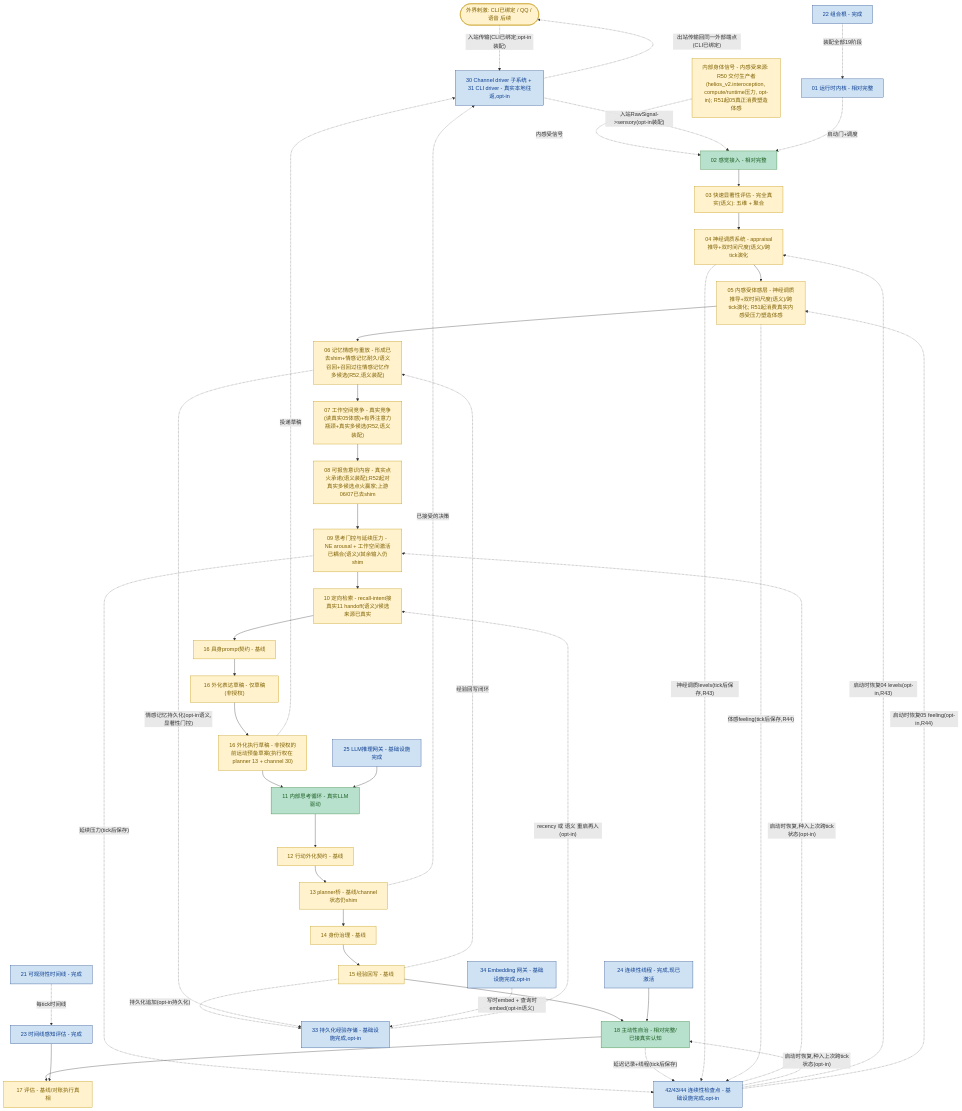
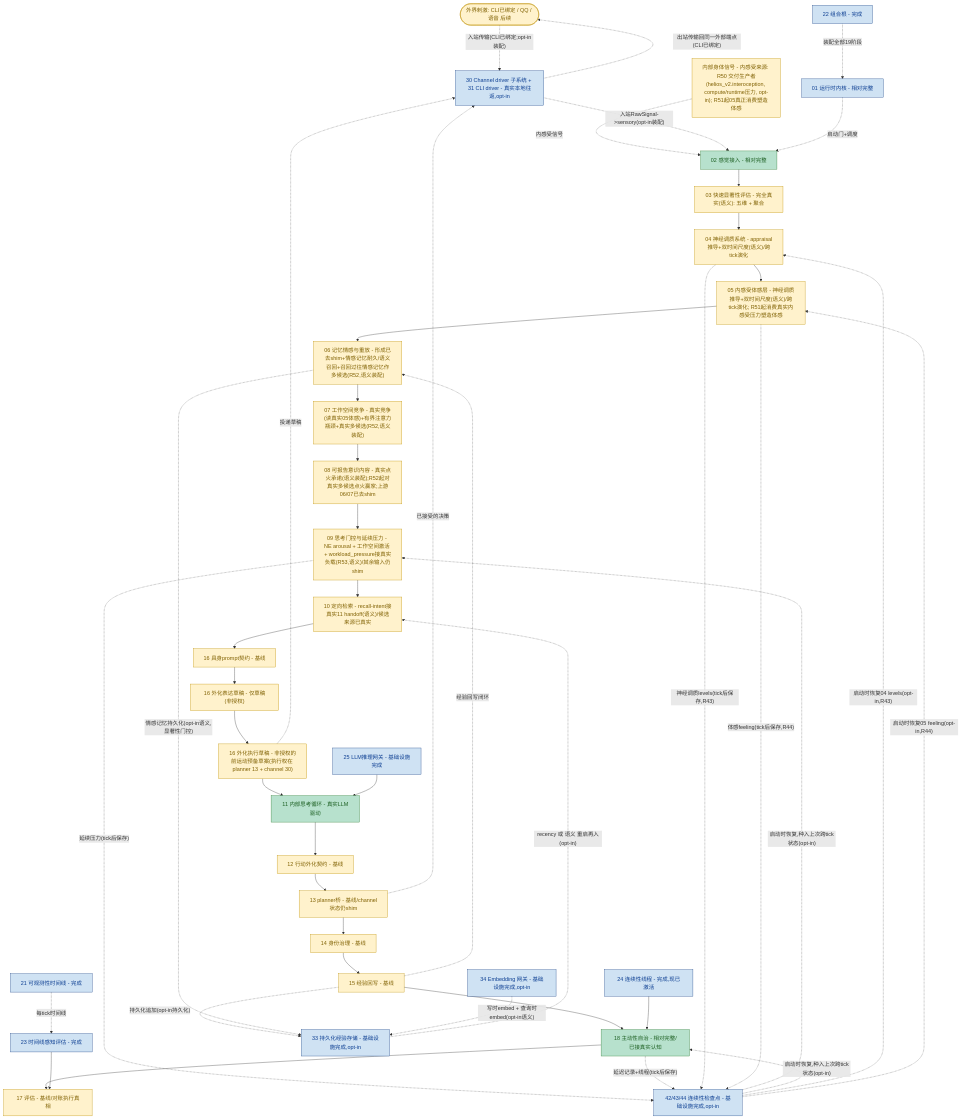
The diagram in helios_v2/docs/PROGRESS_FLOW.zh-CN.md (embalmer-Y/helios), drawn with Mermaid before and after one commit. The commit also changed other lines of this file and 11 other files, not shown here.

````diff
--- a/helios_v2/docs/PROGRESS_FLOW.zh-CN.md
+++ b/helios_v2/docs/PROGRESS_FLOW.zh-CN.md
@@ -35,70 +35,70 @@
 ```mermaid
 flowchart TD
     classDef deep fill:#b7e1cd,stroke:#2e7d32,color:#1b5e20
     classDef base fill:#fff2cc,stroke:#bf9000,color:#7f6000
     classDef infra fill:#cfe2f3,stroke:#1c4587,color:#0b3d91
     classDef gap fill:#f4cccc,stroke:#990000,color:#660000,stroke-dasharray: 5 5
 
     EXT([外界刺激: CLI已绑定 / QQ / 语音 后续]):::base
     BODY["内部身体信号 - 内感受来源: R50 交付生产者(helios_v2.interoception, compute/runtime压力, opt-in); R51起05真正消费塑造体感"]:::base
     S02[02 感觉接入 - 相对完整]:::deep
     S03["03 快速显著性评估 - 完全真实(语义): 五维 + 聚合"]:::base
     S04["04 神经调质系统 - appraisal推导+双时间尺度(语义)/跨tick演化"]:::base
     S05["05 内感受体感层 - 神经调质推导+双时间尺度(语义)/跨tick演化; R51起消费真实内感受压力塑造体感"]:::base
     S06["06 记忆情感与重放 - 形成已去shim+情感记忆耐久/语义召回+召回过往情感记忆作多候选(R52,语义装配)"]:::base
     S07["07 工作空间竞争 - 真实竞争(读真实05体感)+有界注意力瓶颈+真实多候选(R52,语义装配)"]:::base
     S08["08 可报告意识内容 - 真实点火承诺(语义装配);R52起对真实多候选点火赢家;上游06/07已去shim"]:::base
-    S09["09 思考门控与延续压力 - NE arousal + 工作空间激活已耦合(语义)/其余输入仍shim"]:::base
+    S09["09 思考门控与延续压力 - NE arousal + 工作空间激活 + workload_pressure接真实负载(R53,语义)/其余输入仍shim"]:::base
     S10["10 定向检索 - recall-intent接真实11 handoff(语义)/候选来源已真实"]:::base
     S16P[16 具身prompt契约 - 基线]:::base
     S16O["16 外化表达草稿 - 仅草稿(非授权)"]:::base
     S16E["16 外化执行草稿 - 非授权的前运动预备草案(执行权在 planner 13 + channel 30)"]:::base
     S11[11 内部思考循环 - 真实LLM驱动]:::deep
     S12[12 行动外化契约 - 基线]:::base
     S13[13 planner桥 - 基线/channel状态仍shim]:::base
     S14[14 身份治理 - 基线]:::base
     S15[15 经验回写 - 基线]:::base
     S18[18 主动性自治 - 相对完整/已接真实认知]:::deep
     S17[17 评估 - 基线/对账执行真相]:::base
     CH["30 Channel driver 子系统 + 31 CLI driver - 真实本地往返,opt-in"]:::infra
 
     S02 --> S03 --> S04 --> S05 --> S06 --> S07 --> S08 --> S09 --> S10
     S10 --> S16P --> S16O --> S16E --> S11
     S11 --> S12 --> S13 --> S14 --> S15 --> S18 --> S17
     EXT -. 入站传输(CLI已绑定;opt-in装配) .-> CH
     BODY -. 内感受信号 .-> S02
     S13 -. 已接受的决策 .-> CH
     S16E -. 投递草稿 .-> CH
     CH -. 入站RawSignal->sensory(opt-in装配) .-> S02
     CH -. 出站传输回同一外部端点(CLI已绑定) .-> EXT
     S15 -. 经验回写闭环 .-> S06
 
     LLM[25 LLM推理网关 - 基础设施完成]:::infra
     LLM --> S11
 
     K01[01 运行时内核 - 相对完整]:::infra
     OBS[21 可观测性时间线 - 完成]:::infra
     COMP[22 组合根 - 完成]:::infra
     EV23[23 时间线感知评估 - 完成]:::infra
     TH24[24 连续性线程 - 完成,现已激活]:::infra
     PER[33 持久化经验存储 - 基础设施完成,opt-in]:::infra
     EMB[34 Embedding 网关 - 基础设施完成,opt-in]:::infra
     CKPT[42/43/44 连续性检查点 - 基础设施完成,opt-in]:::infra
     K01 -. 启动门+调度 .-> S02
     OBS -. 每tick时间线 .-> EV23
     EV23 --> S17
     TH24 --> S18
     COMP -. 装配全部19阶段 .-> K01
     S15 -. 持久化追加(opt-in持久化) .-> PER
     S06 -. 情感记忆持久化(opt-in语义,显著性门控) .-> PER
     PER -. recency 或 语义 重启再入(opt-in) .-> S10
     EMB -. 写时embed + 查询时embed(opt-in语义) .-> PER
     S09 -. 延续压力(tick后保存) .-> CKPT
     S18 -. 延迟记录+线程(tick后保存) .-> CKPT
     S04 -. 神经调质levels(tick后保存,R43) .-> CKPT
     S05 -. 体感feeling(tick后保存,R44) .-> CKPT
     CKPT -. 启动时恢复,种入上次跨tick状态(opt-in) .-> S09
     CKPT -. 启动时恢复,种入上次跨tick状态(opt-in) .-> S18
     CKPT -. 启动时恢复04 levels(opt-in,R43) .-> S04
     CKPT -. 启动时恢复05 feeling(opt-in,R44) .-> S05
 ```
````
